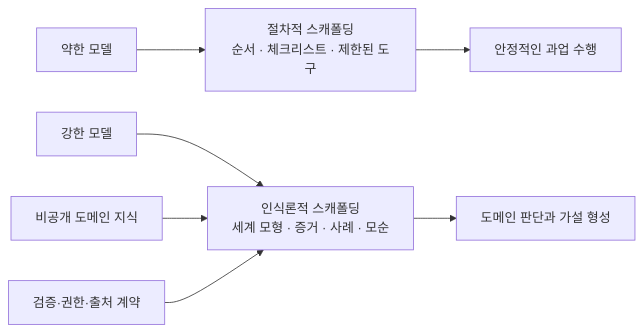
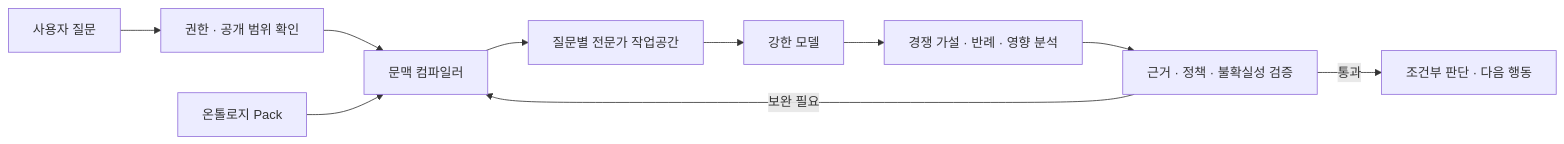
Before and after one commit to tteggu87/tteggu87.github.io: the diagram in content/notes/ontology-expertise-pack.md, drawn with Mermaid. The commit also changed other lines of this file, not shown here.

Commit message:
Refine ontology expertise pack article

````diff
--- a/content/notes/ontology-expertise-pack.md
+++ b/content/notes/ontology-expertise-pack.md
@@ -50,11 +143,12 @@
 ```mermaid
 flowchart LR
-    W[약한 모델] --> P[절차적 스캐폴딩<br/>순서 · 체크리스트 · 제한된 도구]
-    P --> S[안정적인 과업 수행]
-
-    G[강한 모델] --> E[인식론적 스캐폴딩<br/>세계 모형 · 증거 · 사례 · 모순]
-    E --> J[도메인 판단과 가설 형성]
-
-    K[비공개 도메인 지식] --> E
-    R[검증·권한·출처 계약] --> E
+    Q[사용자 질문] --> A[권한 · 공개 범위 확인]
+    A --> C[문맥 컴파일러]
+    P[온톨로지 Pack] --> C
+    C --> W[질문별 전문가 작업공간]
+    W --> M[강한 모델]
+    M --> H[경쟁 가설 · 반례 · 영향 분석]
+    H --> V[근거 · 정책 · 불확실성 검증]
+    V -->|보완 필요| C
+    V -->|통과| O[조건부 판단 · 다음 행동]
 ```
````
